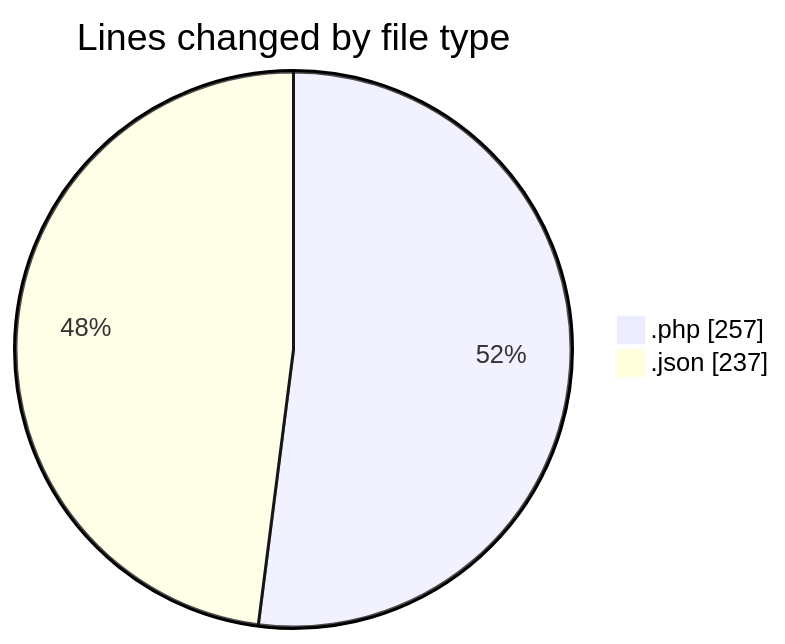
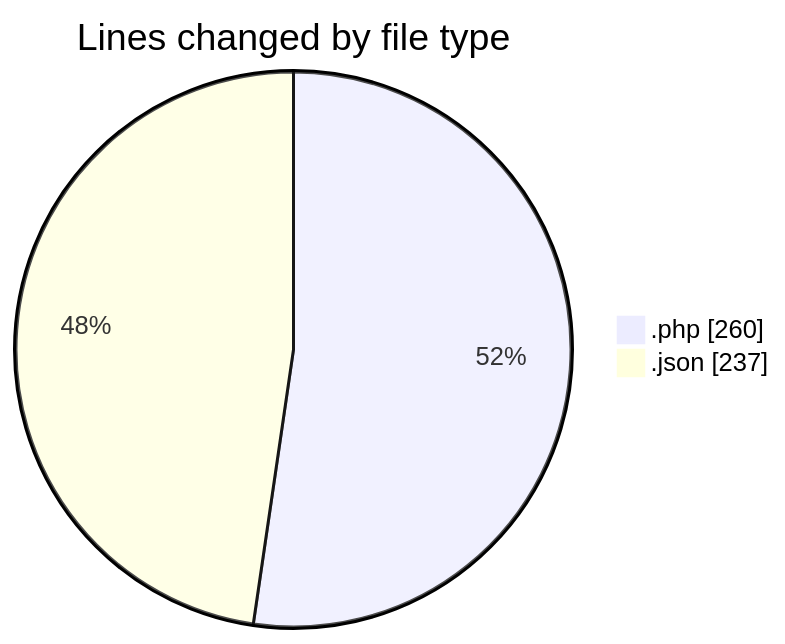
Before and after one commit to idhammustaqopulfikri/code-tracking: the first of 2 diagrams in 2025-06-17/studio-backend/README.md, drawn with Mermaid. The commit also changed other lines of this file and 1 other file, not shown here.

````diff
--- a/2025-06-17/studio-backend/README.md
+++ b/2025-06-17/studio-backend/README.md
@@ -21,6 +21,6 @@
 ```mermaid
 pie showData
 title Lines changed by file type
-".php" : 257
+".php" : 260
 ".json" : 237
 ```
````
